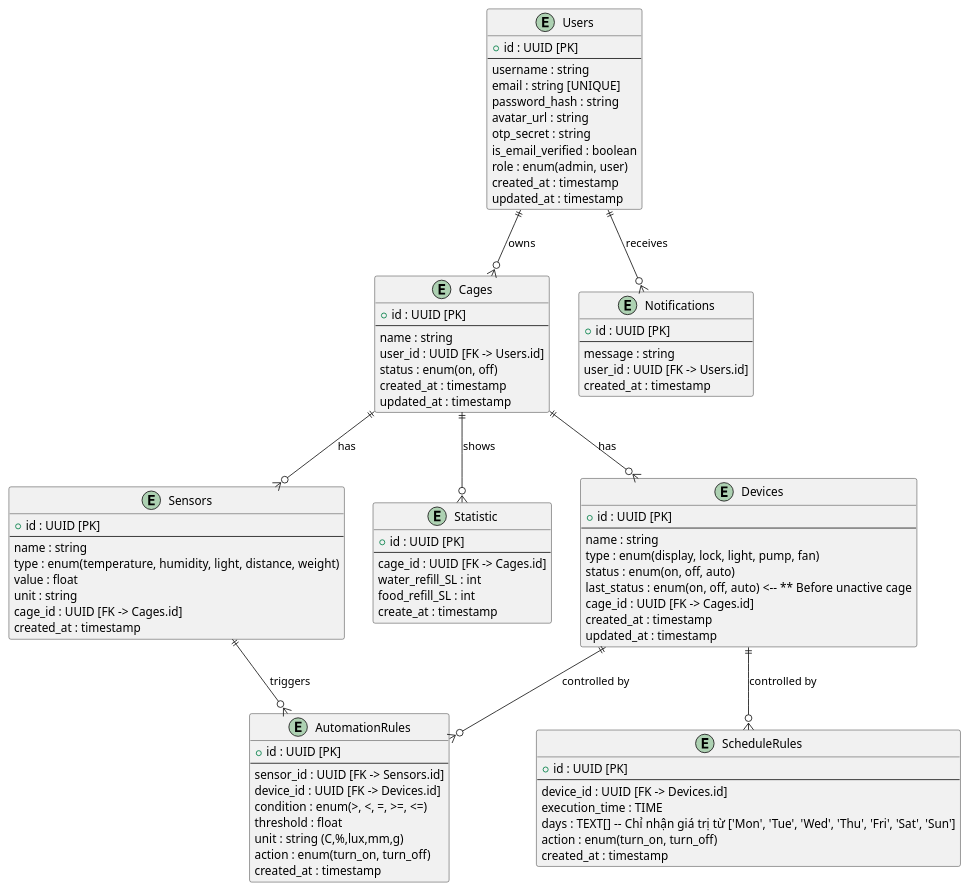
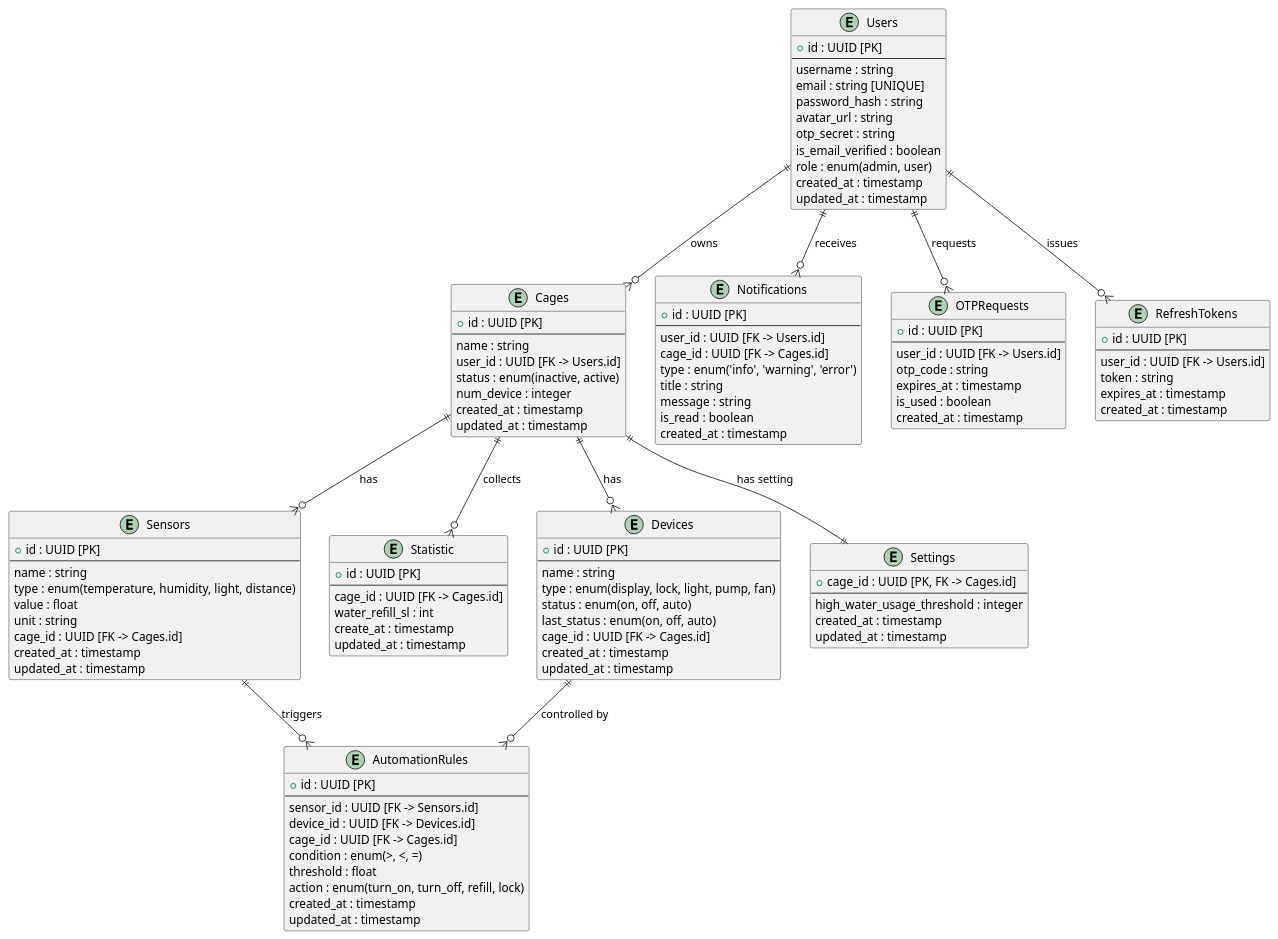
Before and after one commit to jncmtam/DADN-SE: the diagram in hamsBE/docs/erd.puml, drawn with PlantUML.

Commit message:
update erd

```diff
--- a/hamsBE/docs/erd.puml
+++ b/hamsBE/docs/erd.puml
@@ -1,97 +1,123 @@
 @startuml ERD
 entity "Users" as U {
   + id : UUID [PK]
   --
   username : string
   email : string [UNIQUE]
   password_hash : string
   avatar_url : string
   otp_secret : string
   is_email_verified : boolean
   role : enum(admin, user)
   created_at : timestamp
   updated_at : timestamp
 }
 
 entity "Cages" as C {
   + id : UUID [PK]
   --
   name : string
   user_id : UUID [FK -> Users.id]
-  status : enum(on, off)
+  status : enum(inactive, active)
+  num_device : integer
   created_at : timestamp
   updated_at : timestamp
 }
 
 entity "Sensors" as S {
   + id : UUID [PK]
   --
   name : string
-  type : enum(temperature, humidity, light, distance, weight)
+  type : enum(temperature, humidity, light, distance)
   value : float
   unit : string
   cage_id : UUID [FK -> Cages.id]
   created_at : timestamp
+  updated_at : timestamp
 }
 
-entity "Statistic" as ST{
+entity "Statistic" as STT{
   + id : UUID [PK]
   --
   cage_id : UUID [FK -> Cages.id]
-  water_refill_SL : int
-  food_refill_SL : int
+  water_refill_sl : int
   create_at : timestamp
+  updated_at : timestamp
 }
 
 entity "Devices" as D {
   + id : UUID [PK]
   --
   name : string
   type : enum(display, lock, light, pump, fan)
   status : enum(on, off, auto)
-  last_status : enum(on, off, auto) <-- ** Before unactive cage
+  last_status : enum(on, off, auto) 
   cage_id : UUID [FK -> Cages.id]
   created_at : timestamp
   updated_at : timestamp
 }
 
 entity "AutomationRules" as AR {
   + id : UUID [PK]
   --
   sensor_id : UUID [FK -> Sensors.id]
   device_id : UUID [FK -> Devices.id]
-  condition : enum(>, <, =, >=, <=)
+  cage_id : UUID [FK -> Cages.id]
+  condition : enum(>, <, =)
   threshold : float
-  unit : string (C,%,lux,mm,g)
-  action : enum(turn_on, turn_off)
+  action : enum(turn_on, turn_off, refill, lock)
   created_at : timestamp
-}
-
-entity "ScheduleRules" as SR {
-  + id : UUID [PK]
-  --
-  device_id : UUID [FK -> Devices.id]
-  execution_time : TIME
-  days : TEXT[]  -- Chỉ nhận giá trị từ ['Mon', 'Tue', 'Wed', 'Thu', 'Fri', 'Sat', 'Sun']
-  action : enum(turn_on, turn_off)
-  created_at : timestamp
+  updated_at : timestamp
 }
 
 
 entity "Notifications" as N {
   + id : UUID [PK]
   --
+  user_id : UUID [FK -> Users.id]
+  cage_id : UUID [FK -> Cages.id]
+  type : enum('info', 'warning', 'error')
+  title : string 
   message : string
+  is_read : boolean
+  created_at : timestamp
+}
+
+entity "OTPRequests" as O {
+  + id : UUID [PK]
+  --
   user_id : UUID [FK -> Users.id]
+  otp_code : string
+  expires_at : timestamp
+  is_used : boolean
   created_at : timestamp
+}
+
+entity "RefreshTokens" as RT {
+  + id : UUID [PK]
+  --
+  user_id : UUID [FK -> Users.id]
+  token : string
+  expires_at : timestamp
+  created_at : timestamp
+}
+
+entity "Settings" as SET {
+  + cage_id : UUID [PK, FK -> Cages.id]
+  --
+  high_water_usage_threshold : integer
+  created_at : timestamp
+  updated_at : timestamp
 }
 
 U ||--o{ C : "owns"
 C ||--o{ S : "has"
 C ||--o{ D : "has"
+C ||--o{ STT : "collects"
 S ||--o{ AR : "triggers"
 D ||--o{ AR : "controlled by"
-D ||--o{ SR : "controlled by"
 U ||--o{ N : "receives"
-C ||--o{ ST : "shows"
+U ||--o{ O : "requests"
+U ||--o{ RT : "issues"
+C ||--|| SET : "has setting"
 @enduml
```
